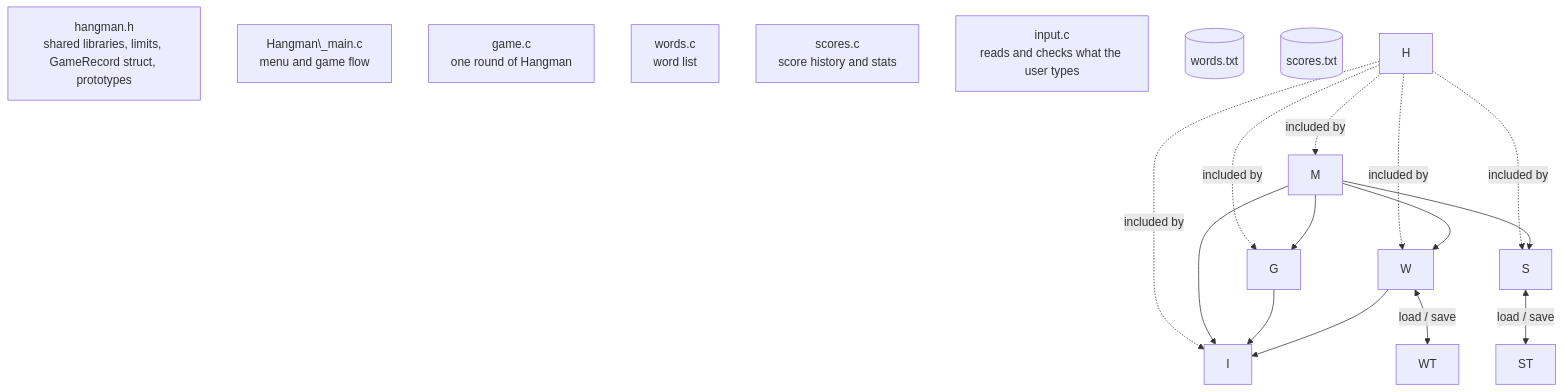
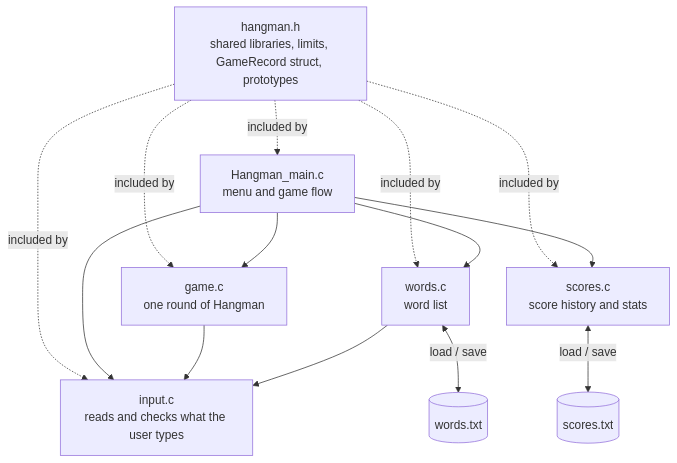
Before and after one commit to Manny507/Hangman_ECE-131L_Team-5: the diagram in README.md, drawn with Mermaid. The commit also changed other lines of this file, not shown here.

````diff
--- a/README.md
+++ b/README.md
@@ -238,26 +238,26 @@
 ```mermaid
 flowchart TD
-    H\["hangman.h<br/>shared libraries, limits, GameRecord struct, prototypes"]
-    M\["Hangman\_main.c<br/>menu and game flow"]
-    G\["game.c<br/>one round of Hangman"]
-    W\["words.c<br/>word list"]
-    S\["scores.c<br/>score history and stats"]
-    I\["input.c<br/>reads and checks what the user types"]
-    WT\[("words.txt")]
-    ST\[("scores.txt")]
+    H["hangman.h<br/>shared libraries, limits, GameRecord struct, prototypes"]
+    M["Hangman_main.c<br/>menu and game flow"]
+    G["game.c<br/>one round of Hangman"]
+    W["words.c<br/>word list"]
+    S["scores.c<br/>score history and stats"]
+    I["input.c<br/>reads and checks what the user types"]
+    WT[("words.txt")]
+    ST[("scores.txt")]
 
     H -.->|included by| M
     H -.->|included by| G
     H -.->|included by| W
     H -.->|included by| S
     H -.->|included by| I
 
     M --> G
     M --> W
     M --> S
     M --> I
     G --> I
     W --> I
     W <-->|load / save| WT
     S <-->|load / save| ST
 ```
````
